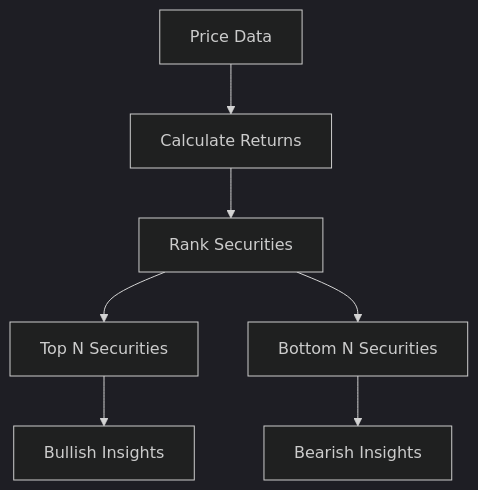
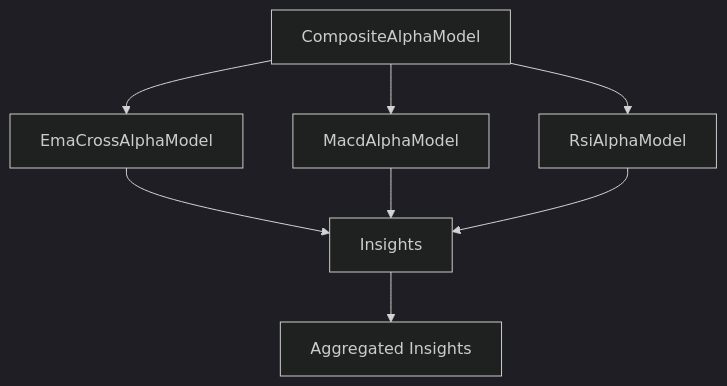
One commit to blackms/Lean changed the second of 3 diagrams in docs/strategies/alpha-models.md. Above: the diagram before and after it, drawn with Mermaid (dark theme). The commit also changed other lines of this file and 7 other files, not shown here.

````diff
--- a/docs/strategies/alpha-models.md
+++ b/docs/strategies/alpha-models.md
@@ -220,9 +252,12 @@
 ```mermaid
 graph TD
-    A[Price Data] --> B[Calculate Returns]
-    B --> C[Rank Securities]
-    C --> D[Top N Securities]
-    C --> E[Bottom N Securities]
-    D --> F[Bullish Insights]
-    E --> G[Bearish Insights]
+    A[CompositeAlphaModel] --> B[EmaCrossAlphaModel]
+    A --> C[MacdAlphaModel]
+    A --> D[RsiAlphaModel]
+    
+    B --> E[Insights]
+    C --> E
+    D --> E
+    
+    E --> F[Aggregated Insights]
 ```
````
